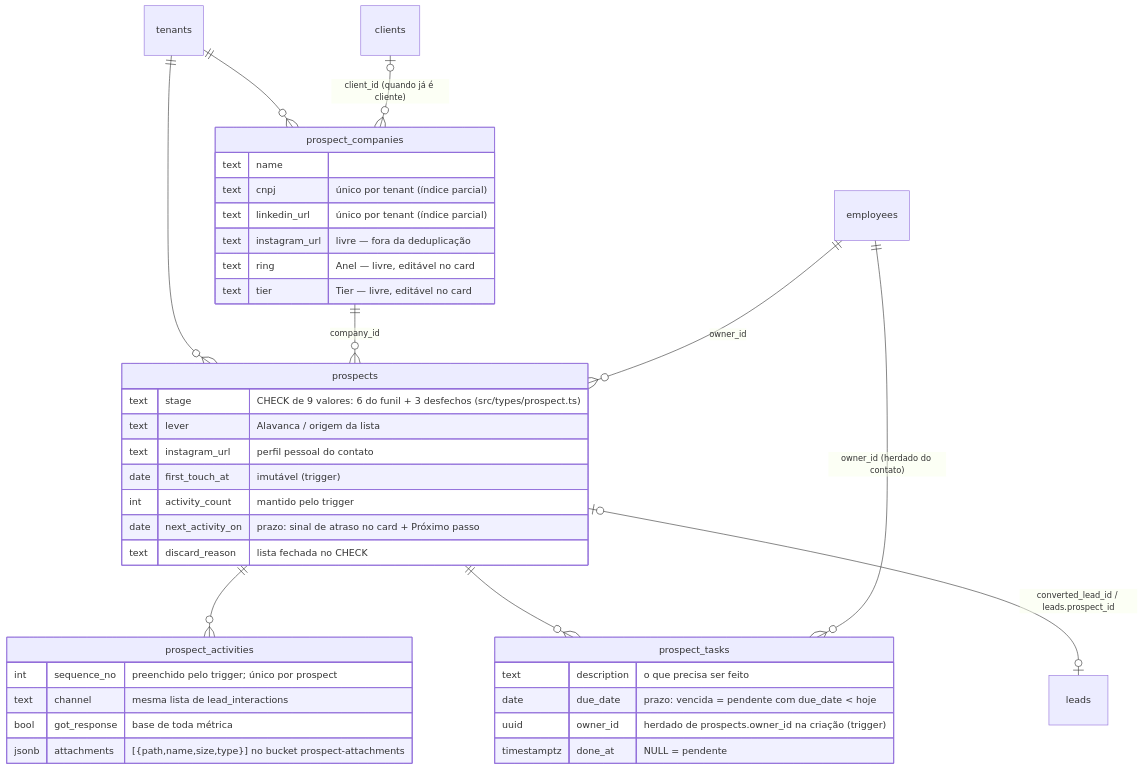
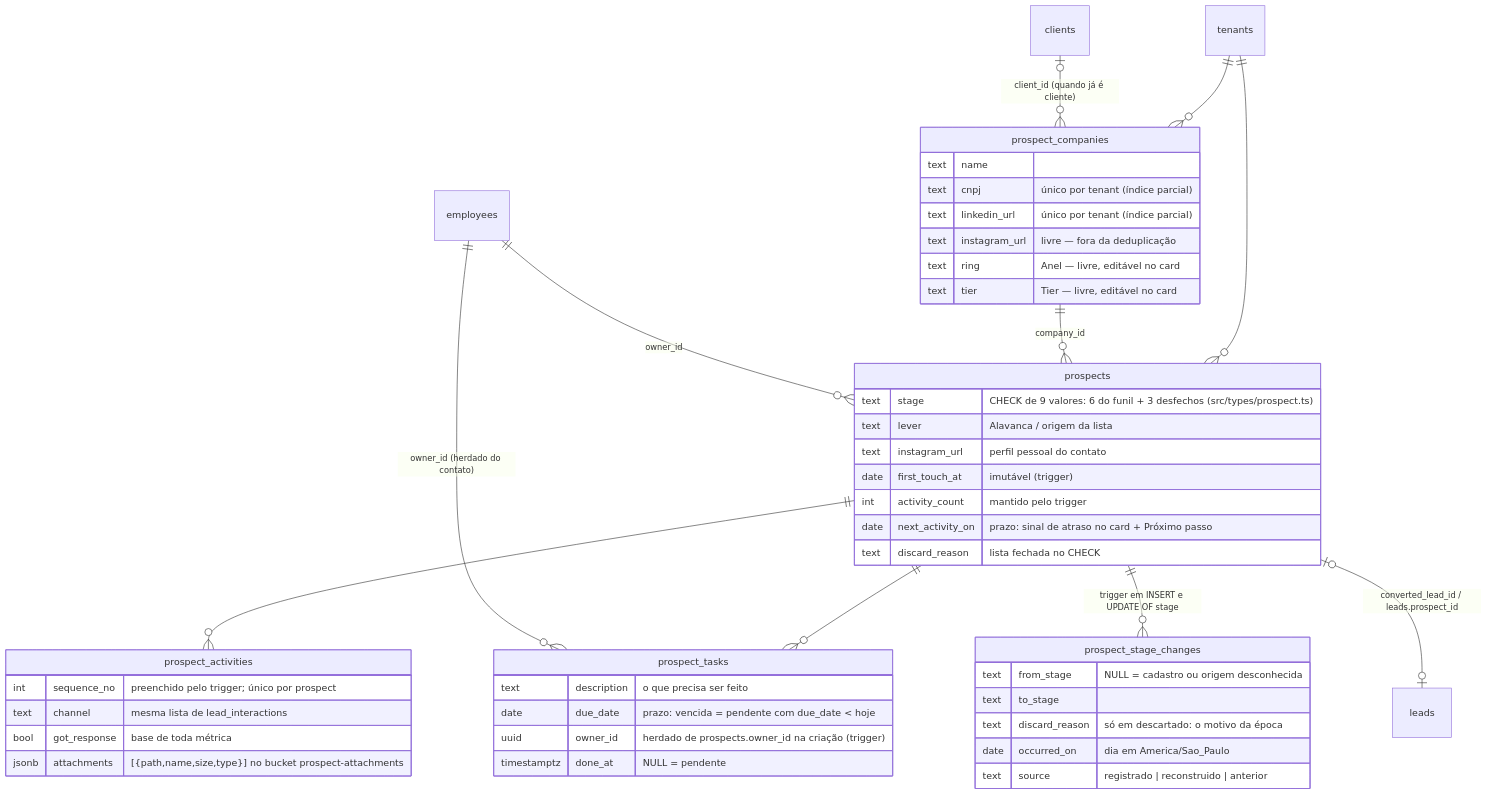
Before and after one commit to Origami-Lab-Organization/og-pulse: the second of 6 diagrams in .harness/docs/architecture/erd.md, drawn with Mermaid. The commit also changed other lines of this file and 24 other files, not shown here.

````diff
--- a/.harness/docs/architecture/erd.md
+++ b/.harness/docs/architecture/erd.md
@@ -108,42 +112,50 @@
 ```mermaid
 erDiagram
     tenants ||--o{ prospect_companies : ""
     tenants ||--o{ prospects : ""
     clients |o--o{ prospect_companies : "client_id (quando já é cliente)"
     prospect_companies ||--o{ prospects : "company_id"
     prospects ||--o{ prospect_activities : ""
     prospects ||--o{ prospect_tasks : ""
+    prospects ||--o{ prospect_stage_changes : "trigger em INSERT e UPDATE OF stage"
     employees ||--o{ prospect_tasks : "owner_id (herdado do contato)"
     employees ||--o{ prospects : "owner_id"
     prospects |o--o| leads : "converted_lead_id / leads.prospect_id"
 
     prospect_companies {
         text name ""
         text cnpj "único por tenant (índice parcial)"
         text linkedin_url "único por tenant (índice parcial)"
         text instagram_url "livre — fora da deduplicação"
         text ring "Anel — livre, editável no card"
         text tier "Tier — livre, editável no card"
     }
     prospects {
         text stage "CHECK de 9 valores: 6 do funil + 3 desfechos (src/types/prospect.ts)"
         text lever "Alavanca / origem da lista"
         text instagram_url "perfil pessoal do contato"
         date first_touch_at "imutável (trigger)"
         int activity_count "mantido pelo trigger"
         date next_activity_on "prazo: sinal de atraso no card + Próximo passo"
         text discard_reason "lista fechada no CHECK"
     }
     prospect_activities {
         int sequence_no "preenchido pelo trigger; único por prospect"
         text channel "mesma lista de lead_interactions"
         bool got_response "base de toda métrica"
         jsonb attachments "[{path,name,size,type}] no bucket prospect-attachments"
     }
+    prospect_stage_changes {
+        text from_stage "NULL = cadastro ou origem desconhecida"
+        text to_stage ""
+        text discard_reason "só em descartado: o motivo da época"
+        date occurred_on "dia em America/Sao_Paulo"
+        text source "registrado | reconstruido | anterior"
+    }
     prospect_tasks {
         text description "o que precisa ser feito"
         date due_date "prazo: vencida = pendente com due_date < hoje"
         uuid owner_id "herdado de prospects.owner_id na criação (trigger)"
         timestamptz done_at "NULL = pendente"
     }
 ```
````
